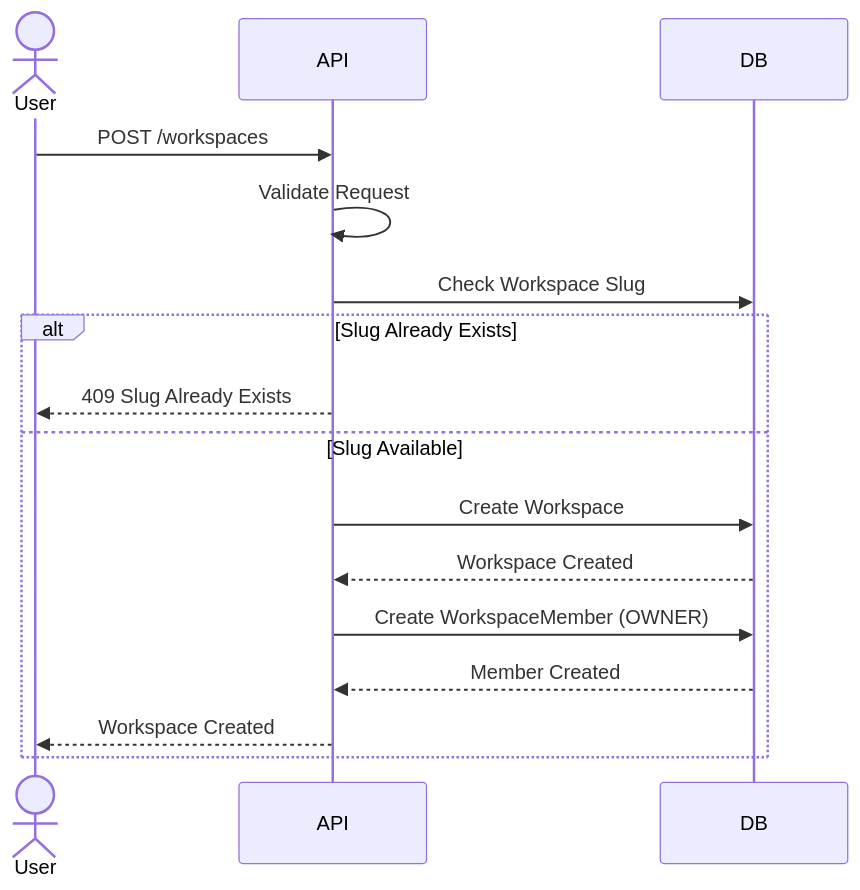
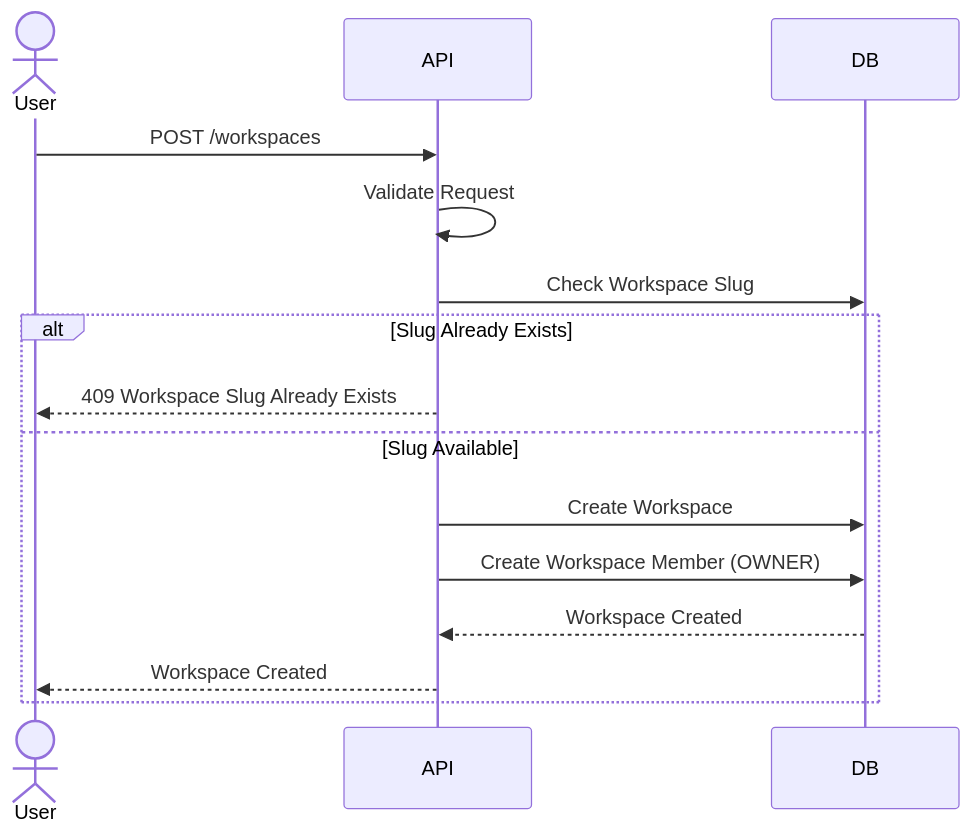
Before and after one commit to datnguyxn/LinkFlow: the first of 8 diagrams in docs/architecture/workspace/Workspace-Sequence.md, drawn with Mermaid. The commit also changed other lines of this file and 14 other files, not shown here.

Commit message:
docs(architecture): add workspace module documentation

````diff
--- a/docs/architecture/workspace/Workspace-Sequence.md
+++ b/docs/architecture/workspace/Workspace-Sequence.md
@@ -21,31 +21,29 @@
 ```mermaid
 sequenceDiagram
 
     actor User
     participant API
     participant DB
 
     User->>API: POST /workspaces
 
     API->>API: Validate Request
 
     API->>DB: Check Workspace Slug
 
     alt Slug Already Exists
 
-        API-->>User: 409 Slug Already Exists
+        API-->>User: 409 Workspace Slug Already Exists
 
     else Slug Available
 
         API->>DB: Create Workspace
 
+        API->>DB: Create Workspace Member (OWNER)
+
         DB-->>API: Workspace Created
-
-        API->>DB: Create WorkspaceMember (OWNER)
-
-        DB-->>API: Member Created
 
         API-->>User: Workspace Created
 
     end
 ```
````
